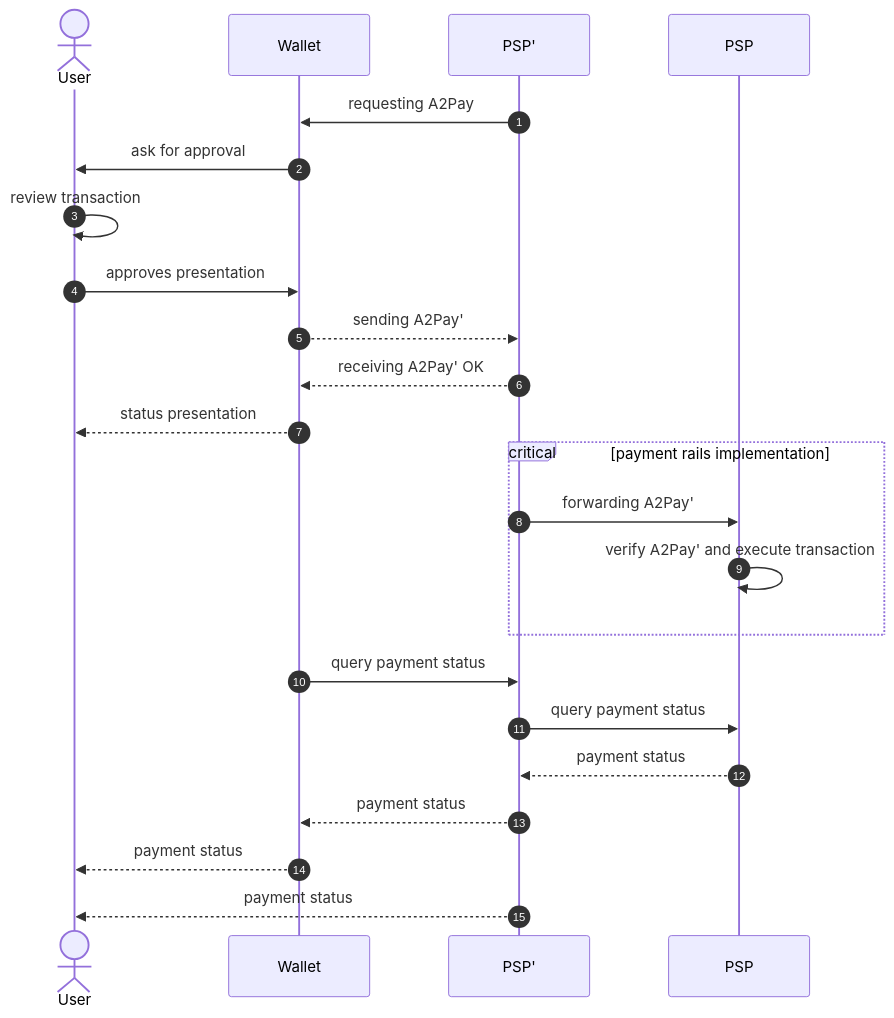
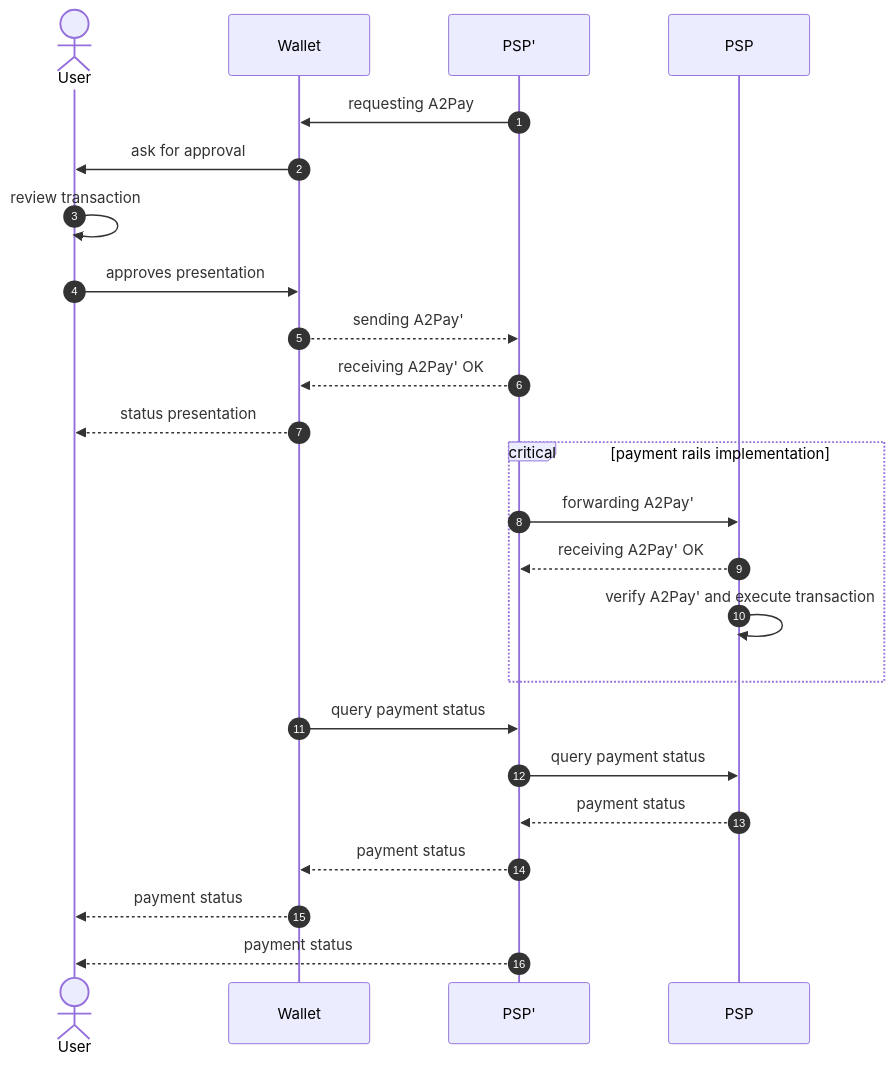
The second of 2 diagrams in payment-reference-doc.md (nobid-consortium/payment-reference-documentation), drawn with Mermaid before and after one commit. The commit also changed other lines of this file, not shown here.

Commit message:
fixed a2pay received step

````diff
--- a/payment-reference-doc.md
+++ b/payment-reference-doc.md
@@ -257,27 +259,28 @@
 ```mermaid
 
 sequenceDiagram
     autonumber
     actor user as User
     participant wallet as Wallet
     participant psp2 as PSP'
     participant psp as PSP
 
     psp2 ->> wallet: requesting A2Pay
     wallet ->> user: ask for approval
     user ->> user: review transaction
     user ->> wallet: approves presentation
     wallet -->> psp2: sending A2Pay'
     psp2 -->> wallet: receiving A2Pay' OK
     wallet -->> user: status presentation
     critical payment rails implementation
     psp2 ->> psp: forwarding A2Pay'
+    psp -->> psp2: receiving A2Pay' OK
     psp ->> psp: verify A2Pay' and execute transaction
     end
     wallet ->> psp2: query payment status
     psp2 ->> psp: query payment status
     psp -->> psp2: payment status 
     psp2 -->> wallet: payment status
     wallet -->> user: payment status
     psp2 -->> user: payment status
 ```
````
